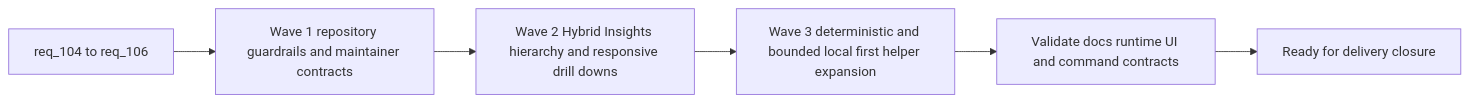
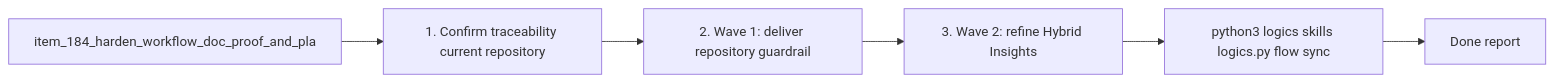
The diagram in logics/tasks/task_106_orchestration_delivery_for_req_104_to_req_106_repository_guardrails_hybrid_insights_refinement_and_local_first_assist_expansion.md (AlexAgo83/logics-manager), drawn with Mermaid before and after one commit. The commit also changed other lines of this file and 481 other files, not shown here.

Commit message:
Normalize Logics docs and workflow indicators

````diff
--- a/logics/tasks/task_106_orchestration_delivery_for_req_104_to_req_106_repository_guardrails_hybrid_insights_refinement_and_local_first_assist_expansion.md
+++ b/logics/tasks/task_106_orchestration_delivery_for_req_104_to_req_106_repository_guardrails_hybrid_insights_refinement_and_local_first_assist_expansion.md
@@ -42,10 +42,10 @@
 ```mermaid
 %% logics-kind: task
 %% logics-signature: task|orchestration-delivery-for-req-104-to-re|item-184-harden-workflow-doc-proof-and-p|1-confirm-traceability-current-repositor|python3-logics-skills-logics-py-flow-syn
 flowchart LR
-    Start[req_104 to req_106] --> Wave1[Wave 1 repository guardrails and maintainer contracts]
-    Wave1 --> Wave2[Wave 2 Hybrid Insights hierarchy and responsive drill downs]
-    Wave2 --> Wave3[Wave 3 deterministic and bounded local first helper expansion]
-    Wave3 --> Validate[Validate docs runtime UI and command contracts]
-    Validate --> Report[Ready for delivery closure]
+    Backlog[item_184_harden_workflow_doc_proof_and_pla] --> Step1[1. Confirm traceability current repository]
+    Step1 --> Step2[2. Wave 1: deliver repository guardrail]
+    Step2 --> Step3[3. Wave 2: refine Hybrid Insights]
+    Step3 --> Validation[python3 logics skills logics.py flow sync]
+    Validation --> Report[Done report]
 ```
````
